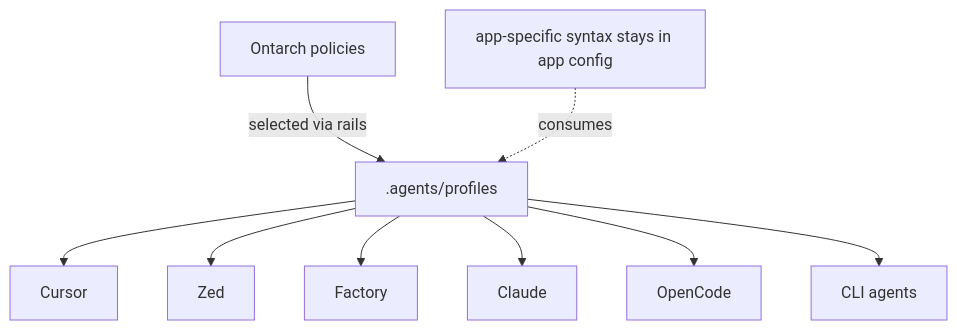
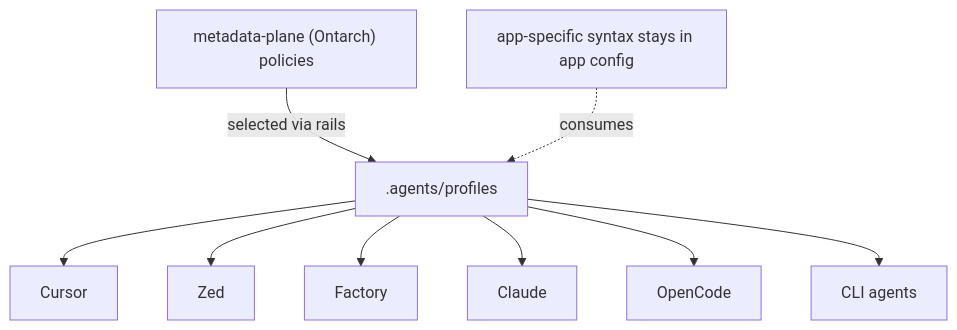
The first of 2 diagrams in docs/agent-configs.md (luckgrid/wfos), drawn with Mermaid before and after one commit. The commit also changed other lines of this file and 26 other files, not shown here.

````diff
--- a/docs/agent-configs.md
+++ b/docs/agent-configs.md
@@ -29,11 +29,11 @@
 ```mermaid
 flowchart TD
-  Pol[Ontarch policies] -->|selected via rails| Reg[.agents/profiles]
+  Pol["metadata-plane (Ontarch) policies"] -->|selected via rails| Reg[.agents/profiles]
   Reg --> Cursor[Cursor]
   Reg --> Zed[Zed]
   Reg --> Factory[Factory]
   Reg --> Claude[Claude]
   Reg --> OpenCode[OpenCode]
   Reg --> Shell[CLI agents]
   AppSyntax[app-specific syntax stays in app config] -. consumes .-> Reg
 ```
````
